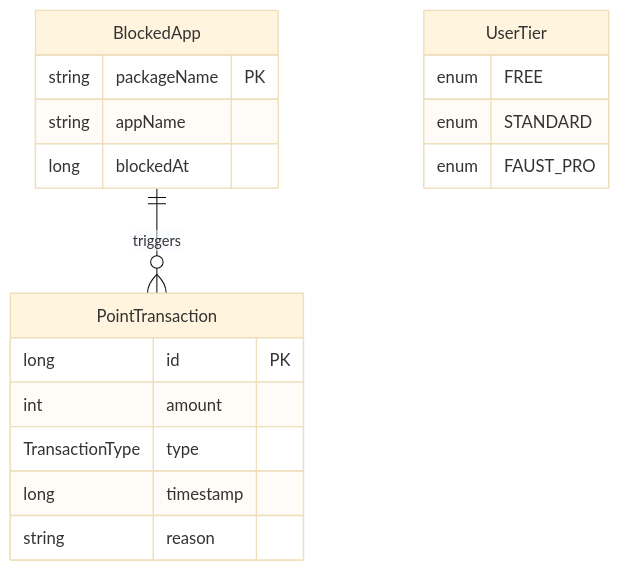
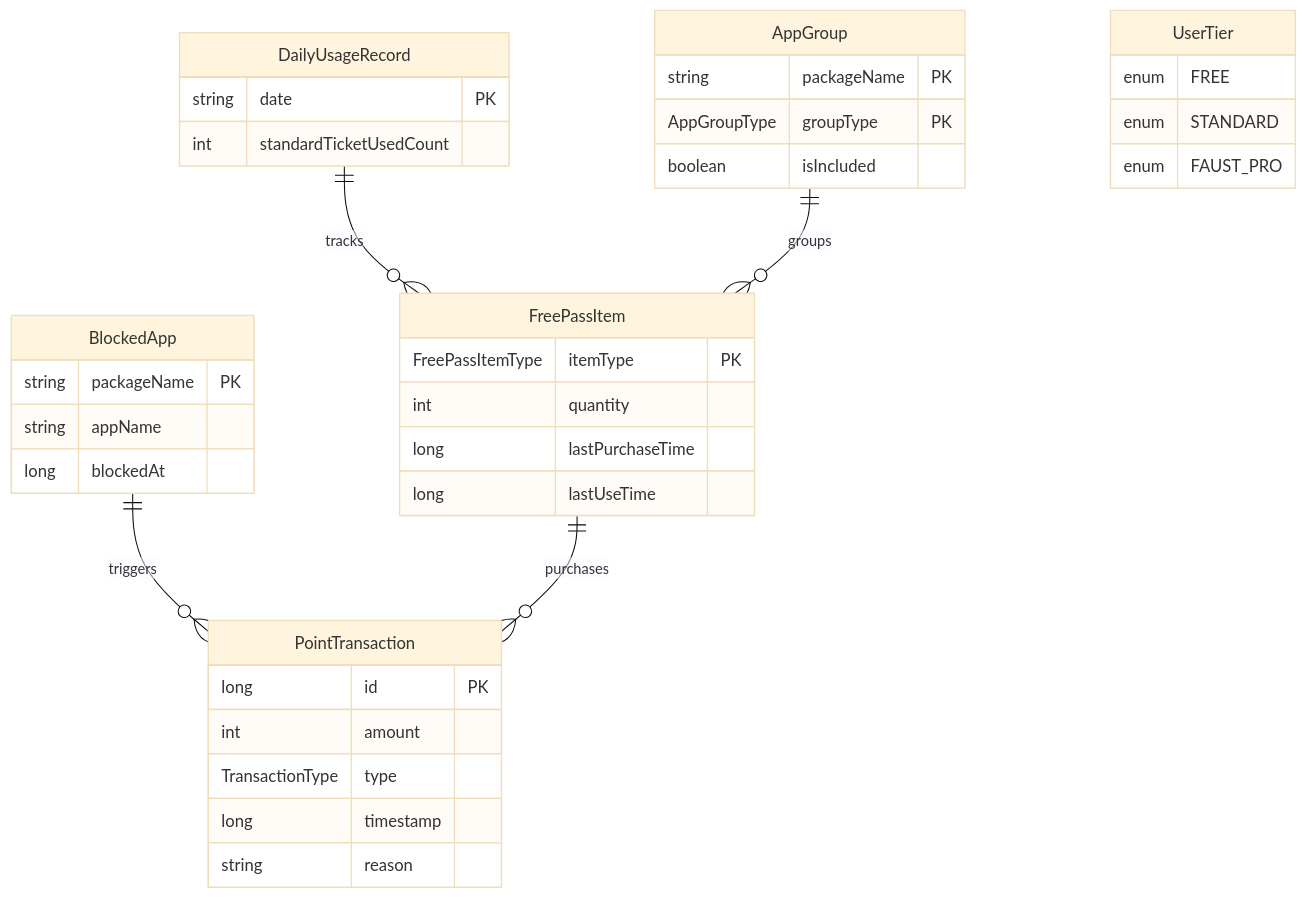
The diagram in docs/arch_data.md (KDG12054345/koko), drawn with Mermaid (base theme) before and after one commit. The commit also changed other lines of this file and 37 other files, not shown here.

````diff
--- a/docs/arch_data.md
+++ b/docs/arch_data.md
@@ -13,24 +13,45 @@
 ```mermaid
 erDiagram
     BlockedApp ||--o{ PointTransaction : "triggers"
+    FreePassItem ||--o{ PointTransaction : "purchases"
+    DailyUsageRecord ||--o{ FreePassItem : "tracks"
+    AppGroup ||--o{ FreePassItem : "groups"
     
     BlockedApp {
         string packageName PK
         string appName
         long blockedAt
     }
     
     PointTransaction {
         long id PK
         int amount
         TransactionType type
         long timestamp
         string reason
     }
     
+    FreePassItem {
+        FreePassItemType itemType PK
+        int quantity
+        long lastPurchaseTime
+        long lastUseTime
+    }
+    
+    DailyUsageRecord {
+        string date PK
+        int standardTicketUsedCount
+    }
+    
+    AppGroup {
+        string packageName PK
+        AppGroupType groupType PK
+        boolean isIncluded
+    }
+    
     UserTier {
         enum FREE
         enum STANDARD
         enum FAUST_PRO
     }
 ```
````
